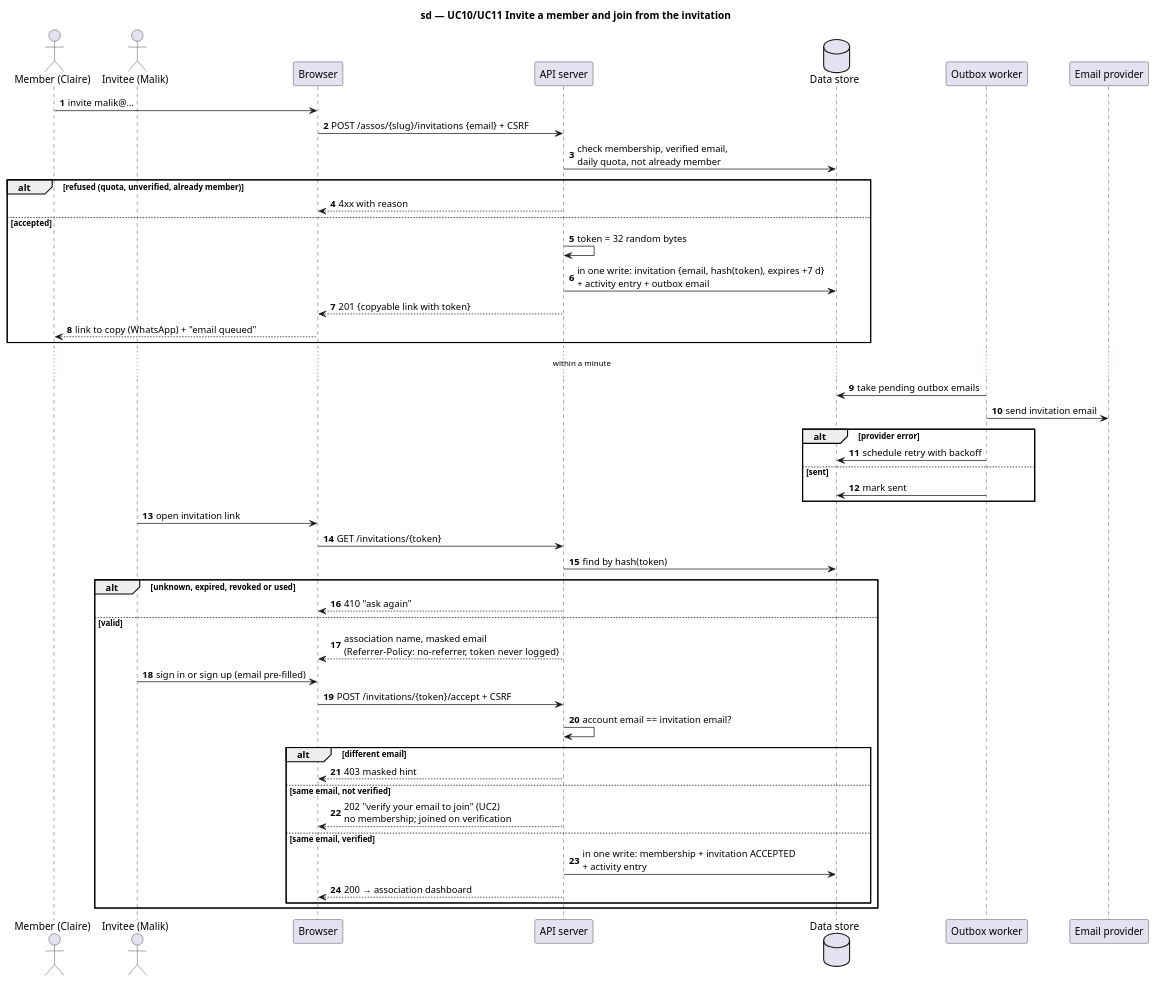
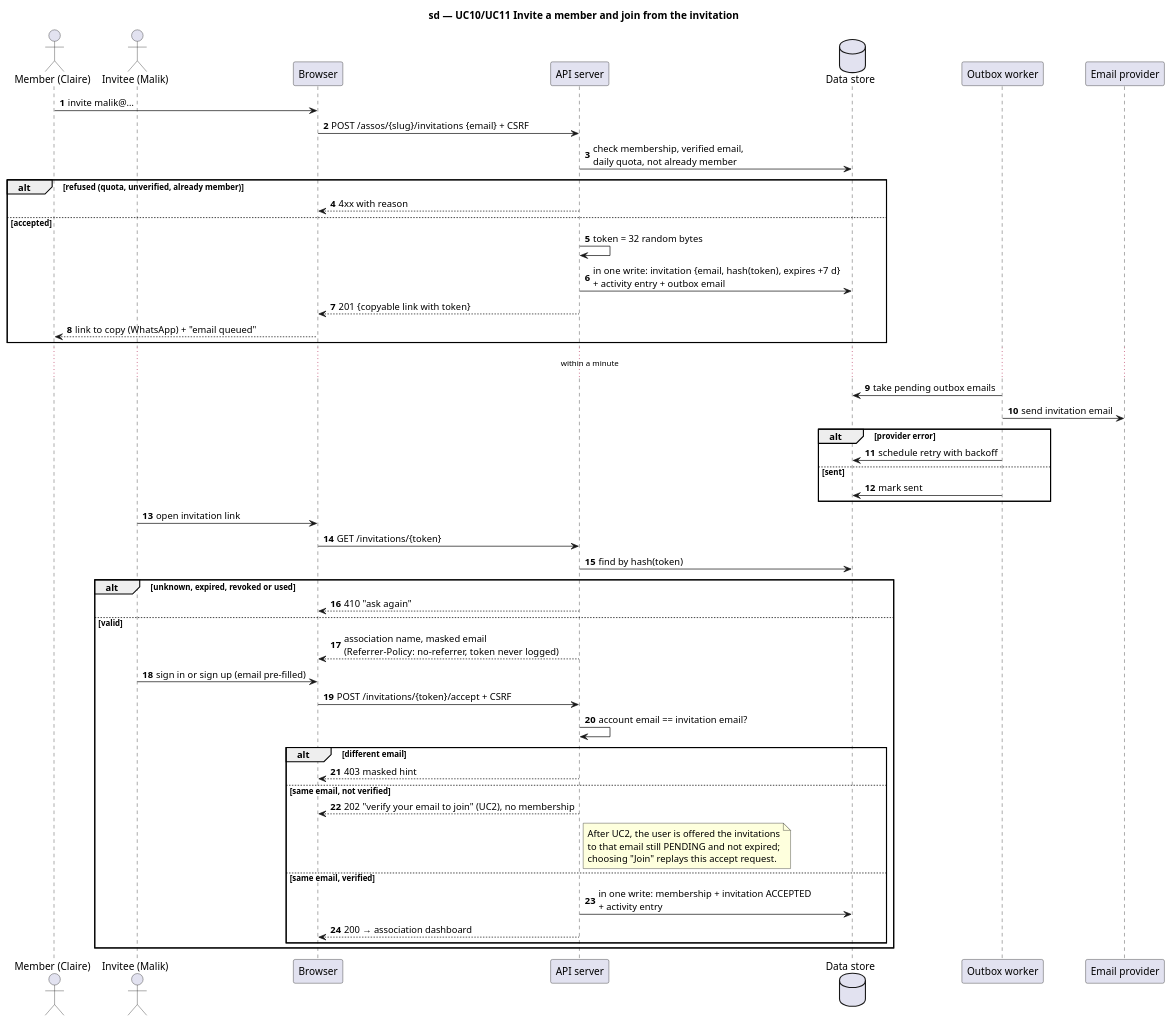
Before and after one commit to benoit-bremaud/HappiHub: the diagram in docs/architecture/diagrams/v1-events/02b-sequence-invite-and-join.puml, drawn with PlantUML. The commit also changed 2 other files, not shown here.

Commit message:
docs(uml): keep joining an explicit choice after email verification

```diff
--- a/docs/architecture/diagrams/v1-events/02b-sequence-invite-and-join.puml
+++ b/docs/architecture/diagrams/v1-events/02b-sequence-invite-and-join.puml
@@ -1,51 +1,56 @@
 @startuml
 title sd — UC10/UC11 Invite a member and join from the invitation
 skinparam shadowing false
 autonumber
 actor "Member (Claire)" as C
 actor "Invitee (Malik)" as K
 participant "Browser" as B
 participant "API server" as A
 database "Data store" as D
 participant "Outbox worker" as W
 participant "Email provider" as E
 
 C -> B : invite malik@…
 B -> A : POST /assos/{slug}/invitations {email} + CSRF
 A -> D : check membership, verified email,\ndaily quota, not already member
 alt refused (quota, unverified, already member)
   A --> B : 4xx with reason
 else accepted
   A -> A : token = 32 random bytes
   A -> D : in one write: invitation {email, hash(token), expires +7 d}\n+ activity entry + outbox email
   A --> B : 201 {copyable link with token}
   B --> C : link to copy (WhatsApp) + "email queued"
 end
 ...within a minute...
 W -> D : take pending outbox emails
 W -> E : send invitation email
 alt provider error
   W -> D : schedule retry with backoff
 else sent
   W -> D : mark sent
 end
 K -> B : open invitation link
 B -> A : GET /invitations/{token}
 A -> D : find by hash(token)
 alt unknown, expired, revoked or used
   A --> B : 410 "ask again"
 else valid
   A --> B : association name, masked email\n(Referrer-Policy: no-referrer, token never logged)
   K -> B : sign in or sign up (email pre-filled)
   B -> A : POST /invitations/{token}/accept + CSRF
   A -> A : account email == invitation email?
   alt different email
     A --> B : 403 masked hint
   else same email, not verified
-    A --> B : 202 "verify your email to join" (UC2)\nno membership; joined on verification
+    A --> B : 202 "verify your email to join" (UC2), no membership
+    note right of A
+      After UC2, the user is offered the invitations
+      to that email still PENDING and not expired;
+      choosing "Join" replays this accept request.
+    end note
   else same email, verified
     A -> D : in one write: membership + invitation ACCEPTED\n+ activity entry
     A --> B : 200 → association dashboard
   end
 end
 @enduml
```
